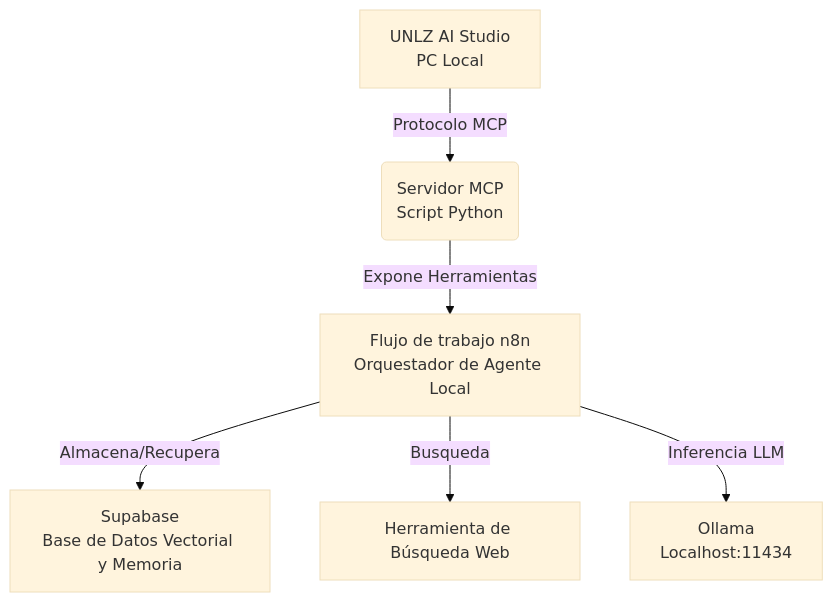
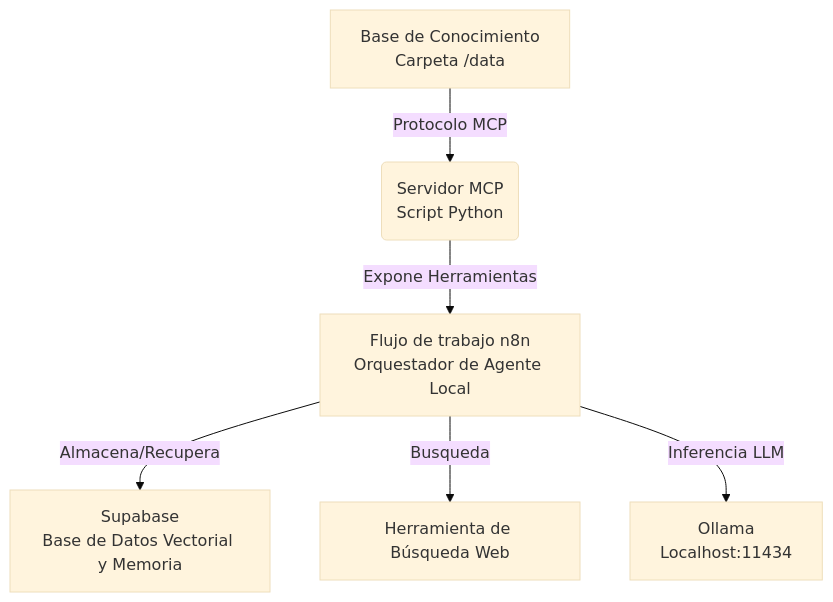
One commit to cristianlukas/UNLZ-Agent changed the diagram in README_ES.md. Above: the diagram before and after it, drawn with Mermaid (base theme). The commit also changed other lines of this file and 8 other files, not shown here.

````diff
--- a/README_ES.md
+++ b/README_ES.md
@@ -11,8 +11,8 @@
 ```mermaid
 graph TD
-    A[UNLZ AI Studio<br/>PC Local] -->|Protocolo MCP| B(Servidor MCP<br/>Script Python)
+    A[Base de Conocimiento<br/>Carpeta /data] -->|Protocolo MCP| B(Servidor MCP<br/>Script Python)
     B -->|Expone Herramientas| C[Flujo de trabajo n8n<br/>Orquestador de Agente Local]
     C -->|Almacena/Recupera| D[Supabase<br/>Base de Datos Vectorial y Memoria]
     C -->|Busqueda| E[Herramienta de Búsqueda Web]
     C -->|Inferencia LLM| F[Ollama<br/>Localhost:11434]
 ```
````
